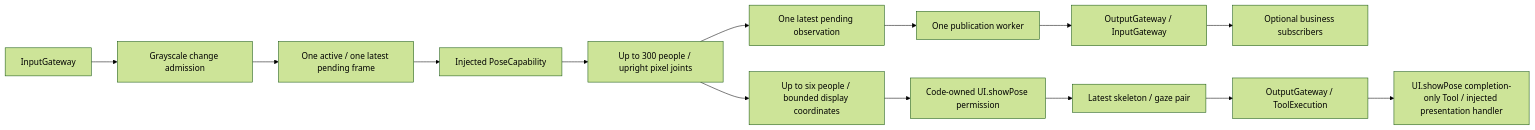
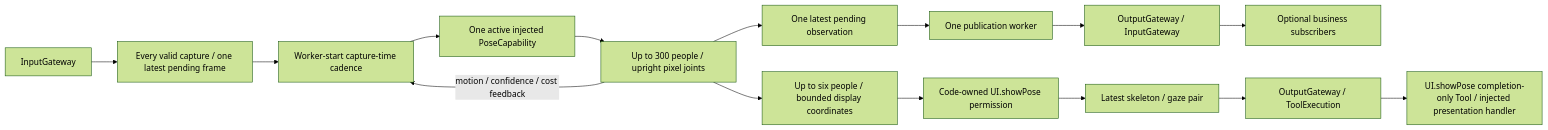
One commit to devilyouwei/MobileHarness changed the first of 7 diagrams in MobileHarness/Agents/VisionPerception/README.md. Above: the diagram before and after it, drawn with Mermaid (forest theme). The commit also changed other lines of this file and 42 other files, not shown here.

Commit message:
Improve adaptive latest-frame pose detection and separate visual presentation values

````diff
--- a/MobileHarness/Agents/VisionPerception/README.md
+++ b/MobileHarness/Agents/VisionPerception/README.md
@@ -5,16 +5,17 @@
 ```mermaid
 flowchart LR
-    InputGateway --> Filter[Grayscale change admission]
-    Filter --> Latest[One active / one latest pending frame]
-    Latest --> Model[Injected PoseCapability]
+    InputGateway --> Latest[Every valid capture / one latest pending frame]
+    Latest --> Cadence[Worker-start capture-time cadence]
+    Cadence --> Model[One active injected PoseCapability]
     Model --> Observation[Up to 300 people / upright pixel joints]
+    Observation -->|motion / confidence / cost feedback| Cadence
     Observation --> Pending[One latest pending observation]
     Pending --> Publisher[One publication worker]
     Publisher --> Publication[OutputGateway / InputGateway]
     Publication --> Subscribers[Optional business subscribers]
     Observation --> Overlay[Up to six people / bounded display coordinates]
     Overlay --> Generator[Code-owned UI.showPose permission]
     Generator --> Output[Latest skeleton / gaze pair]
     Output --> Gateway[OutputGateway / ToolExecution]
     Gateway --> Tool[UI.showPose completion-only Tool / injected presentation handler]
 ```
````
